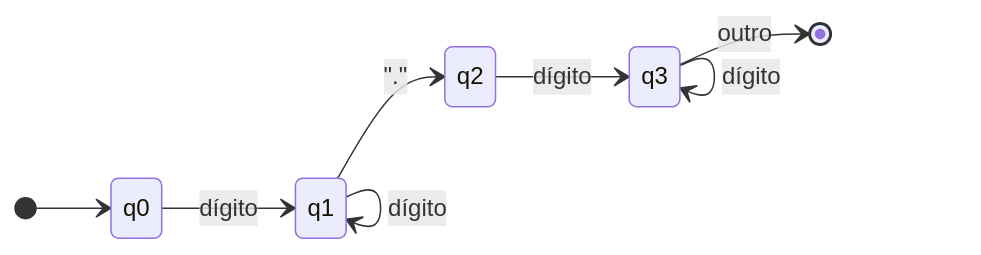
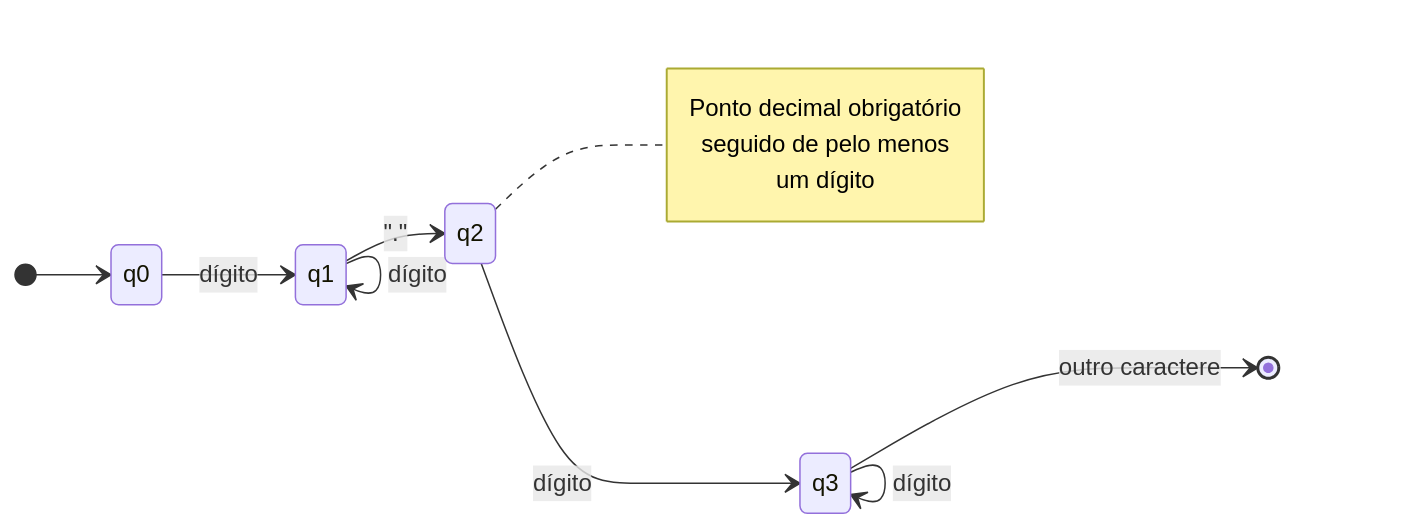
The third of 8 diagrams in README.md (joaoLopesLenharo/compilador-pilang), drawn with Mermaid before and after one commit. The commit also changed other lines of this file and 14 other files, not shown here.

````diff
--- a/README.md
+++ b/README.md
@@ -182,11 +235,16 @@
 ```mermaid
 stateDiagram-v2
     direction LR
     [*] --> q0
     q0 --> q1: dígito
     q1 --> q1: dígito
     q1 --> q2: "."
     q2 --> q3: dígito
     q3 --> q3: dígito
-    q3 --> [*]: outro
+    q3 --> [*]: outro caractere
+    note right of q2
+        Ponto decimal obrigatório
+        seguido de pelo menos
+        um dígito
+    end note
 ```
````
